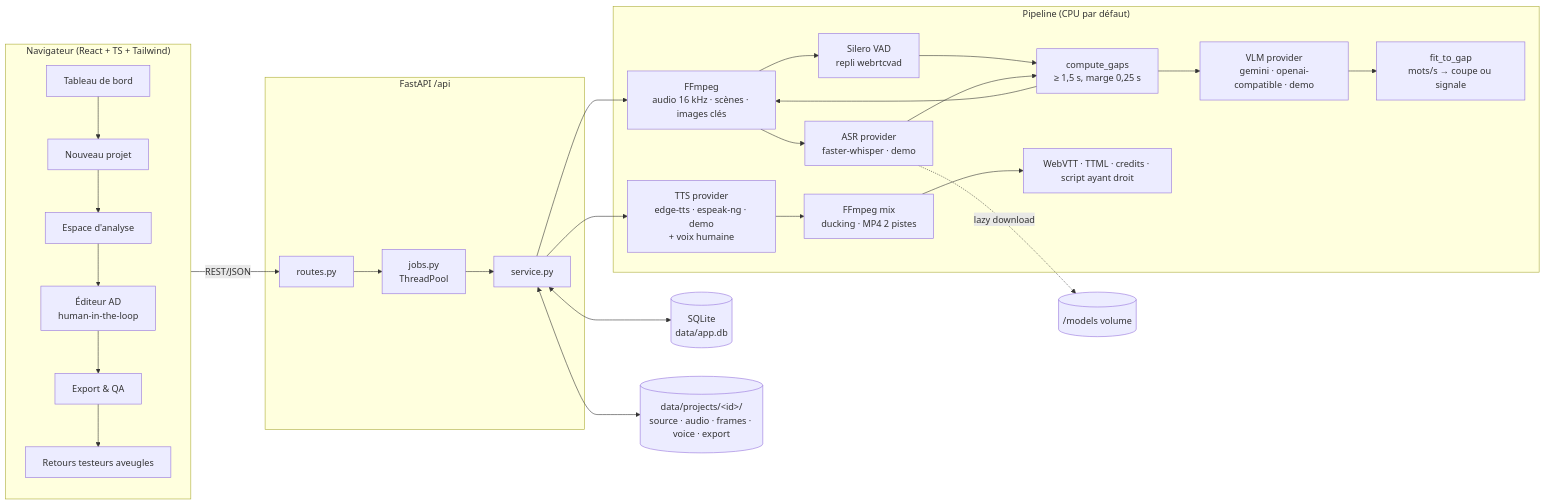
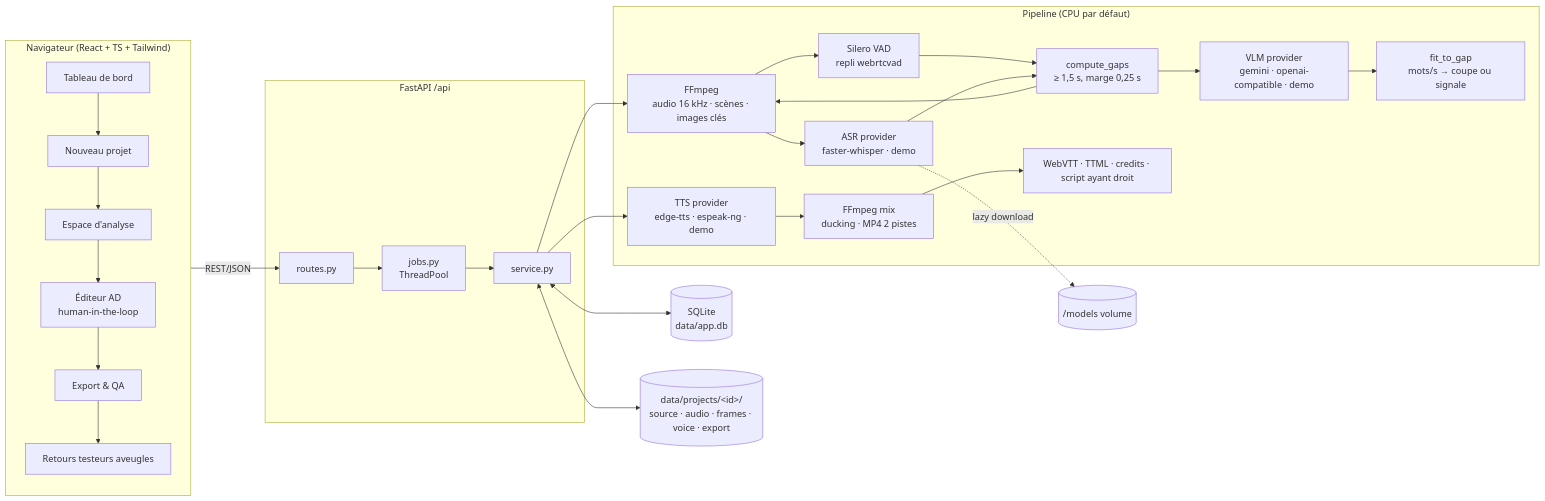
One commit to LouaySaidani/hackathonjunior changed the first of 2 diagrams in docs/architecture.md. Above: the diagram before and after it, drawn with Mermaid. The commit also changed 14 other files, not shown here.

````diff
--- a/docs/architecture.md
+++ b/docs/architecture.md
@@ -6,37 +6,37 @@
 ```mermaid
 flowchart LR
   subgraph Browser["Navigateur (React + TS + Tailwind)"]
     UI1[Tableau de bord] --> UI2[Nouveau projet]
     UI2 --> UI3[Espace d'analyse]
     UI3 --> UI4[Éditeur AD<br/>human-in-the-loop]
     UI4 --> UI5[Export & QA]
     UI5 --> UI6[Retours testeurs aveugles]
   end
 
   subgraph API["FastAPI /api"]
     R[routes.py] --> J[jobs.py<br/>ThreadPool]
     J --> S[service.py]
   end
 
   subgraph Pipeline["Pipeline (CPU par défaut)"]
     FF[FFmpeg<br/>audio 16 kHz · scènes · images clés]
     VAD[Silero VAD<br/>repli webrtcvad]
     ASR[ASR provider<br/>faster-whisper · demo]
     GAP[compute_gaps<br/>≥ 1,5 s, marge 0,25 s]
     VLM[VLM provider<br/>gemini · openai-compatible · demo]
     FIT[fit_to_gap<br/>mots/s → coupe ou signale]
-    TTS[TTS provider<br/>edge-tts · espeak-ng · demo<br/>+ voix humaine]
+    TTS[TTS provider<br/>edge-tts · espeak-ng · demo]
     MIX[FFmpeg mix<br/>ducking · MP4 2 pistes]
     EXP[WebVTT · TTML · credits · script ayant droit]
   end
 
   Browser -- REST/JSON --> R
   S --> FF --> VAD --> GAP
   FF --> ASR --> GAP
   GAP --> FF
   GAP --> VLM --> FIT
   S --> TTS --> MIX --> EXP
   S <--> DB[(SQLite<br/>data/app.db)]
   S <--> FS[(data/projects/&lt;id&gt;/<br/>source · audio · frames · voice · export)]
   ASR -. lazy download .-> M[(/models volume)]
 ```
````
